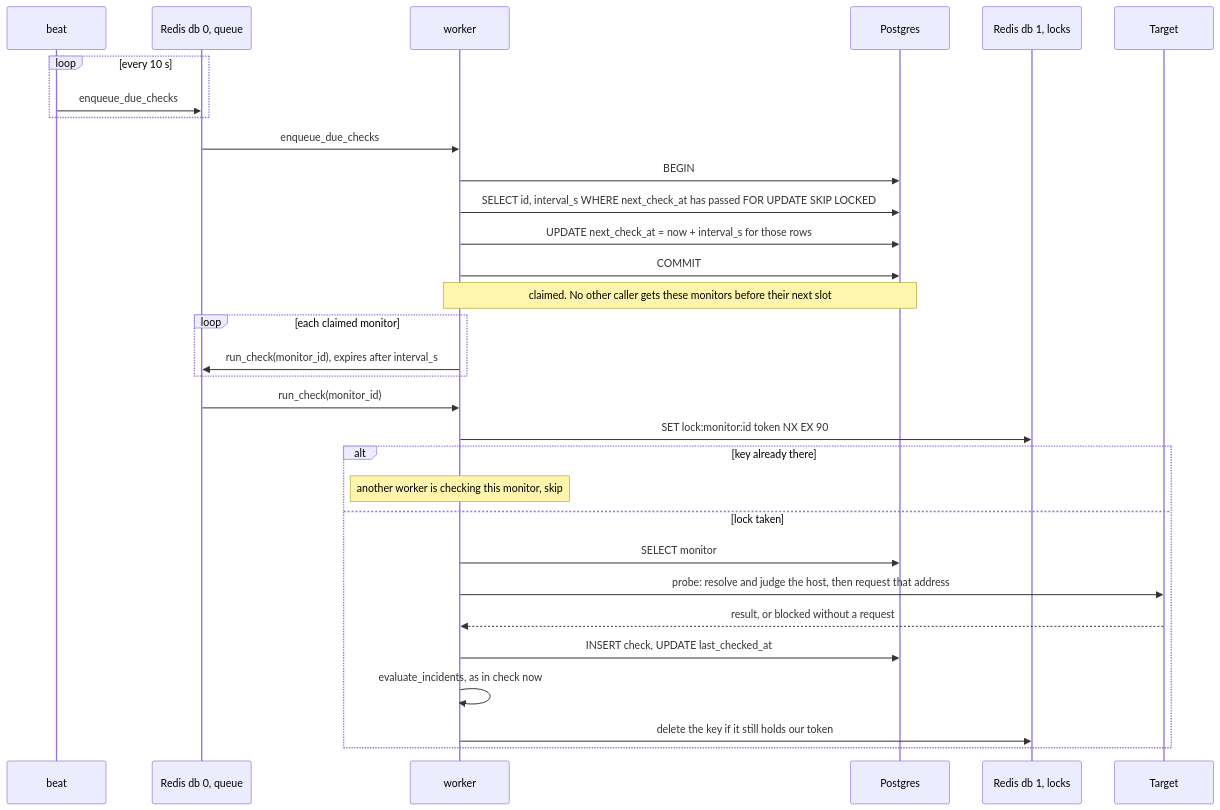
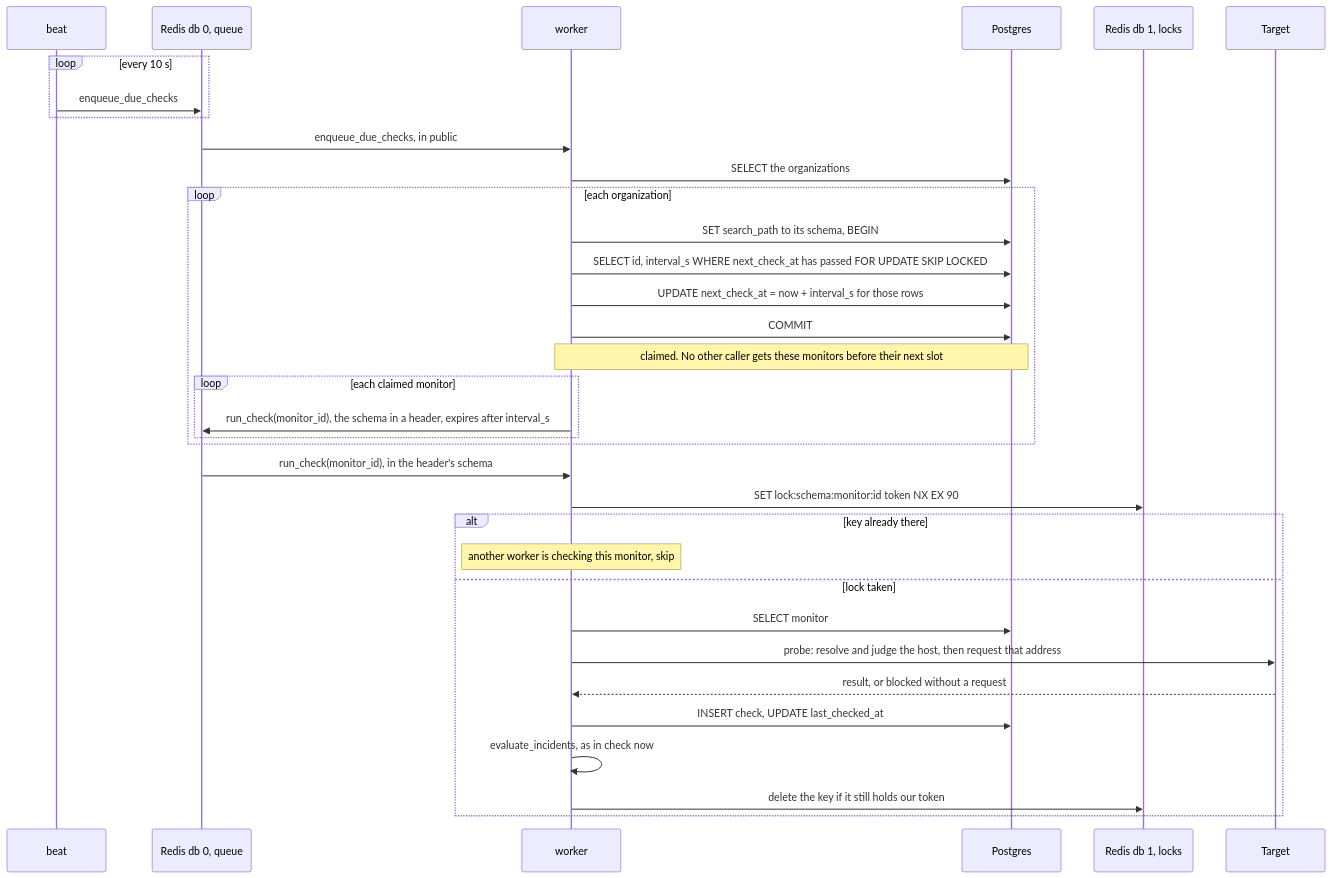
The ninth of 13 diagrams in ARCHITECTURE.md (wbaghdadi20/pulse), drawn with Mermaid before and after one commit. The commit also changed other lines of this file, not shown here.

Commit message:
docs: the architecture with organizations, their schemas and the assignee

````diff
--- a/ARCHITECTURE.md
+++ b/ARCHITECTURE.md
@@ -496,34 +554,37 @@
 ```mermaid
 sequenceDiagram
     participant B as beat
     participant R0 as Redis db 0, queue
     participant W as worker
     participant DB as Postgres
     participant R1 as Redis db 1, locks
     participant T as Target
 
     loop every 10 s
         B->>R0: enqueue_due_checks
     end
-    R0->>W: enqueue_due_checks
-    W->>DB: BEGIN
-    W->>DB: SELECT id, interval_s WHERE next_check_at has passed FOR UPDATE SKIP LOCKED
-    W->>DB: UPDATE next_check_at = now + interval_s for those rows
-    W->>DB: COMMIT
-    Note over W,DB: claimed. No other caller gets these monitors before their next slot
-    loop each claimed monitor
-        W->>R0: run_check(monitor_id), expires after interval_s
+    R0->>W: enqueue_due_checks, in public
+    W->>DB: SELECT the organizations
+    loop each organization
+        W->>DB: SET search_path to its schema, BEGIN
+        W->>DB: SELECT id, interval_s WHERE next_check_at has passed FOR UPDATE SKIP LOCKED
+        W->>DB: UPDATE next_check_at = now + interval_s for those rows
+        W->>DB: COMMIT
+        Note over W,DB: claimed. No other caller gets these monitors before their next slot
+        loop each claimed monitor
+            W->>R0: run_check(monitor_id), the schema in a header, expires after interval_s
+        end
     end
-    R0->>W: run_check(monitor_id)
-    W->>R1: SET lock:monitor:id token NX EX 90
+    R0->>W: run_check(monitor_id), in the header's schema
+    W->>R1: SET lock:schema:monitor:id token NX EX 90
     alt key already there
         Note over W: another worker is checking this monitor, skip
     else lock taken
         W->>DB: SELECT monitor
         W->>T: probe: resolve and judge the host, then request that address
         T-->>W: result, or blocked without a request
         W->>DB: INSERT check, UPDATE last_checked_at
         W->>W: evaluate_incidents, as in check now
         W->>R1: delete the key if it still holds our token
     end
 ```
````
